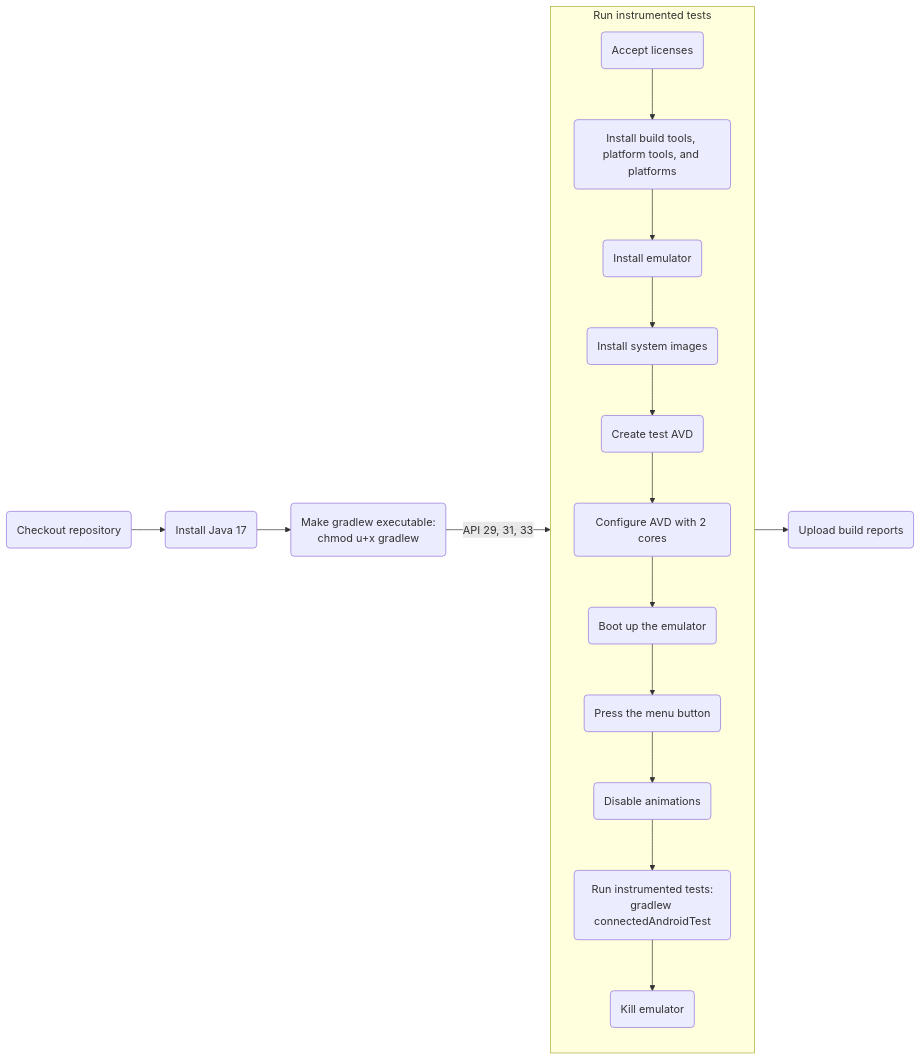
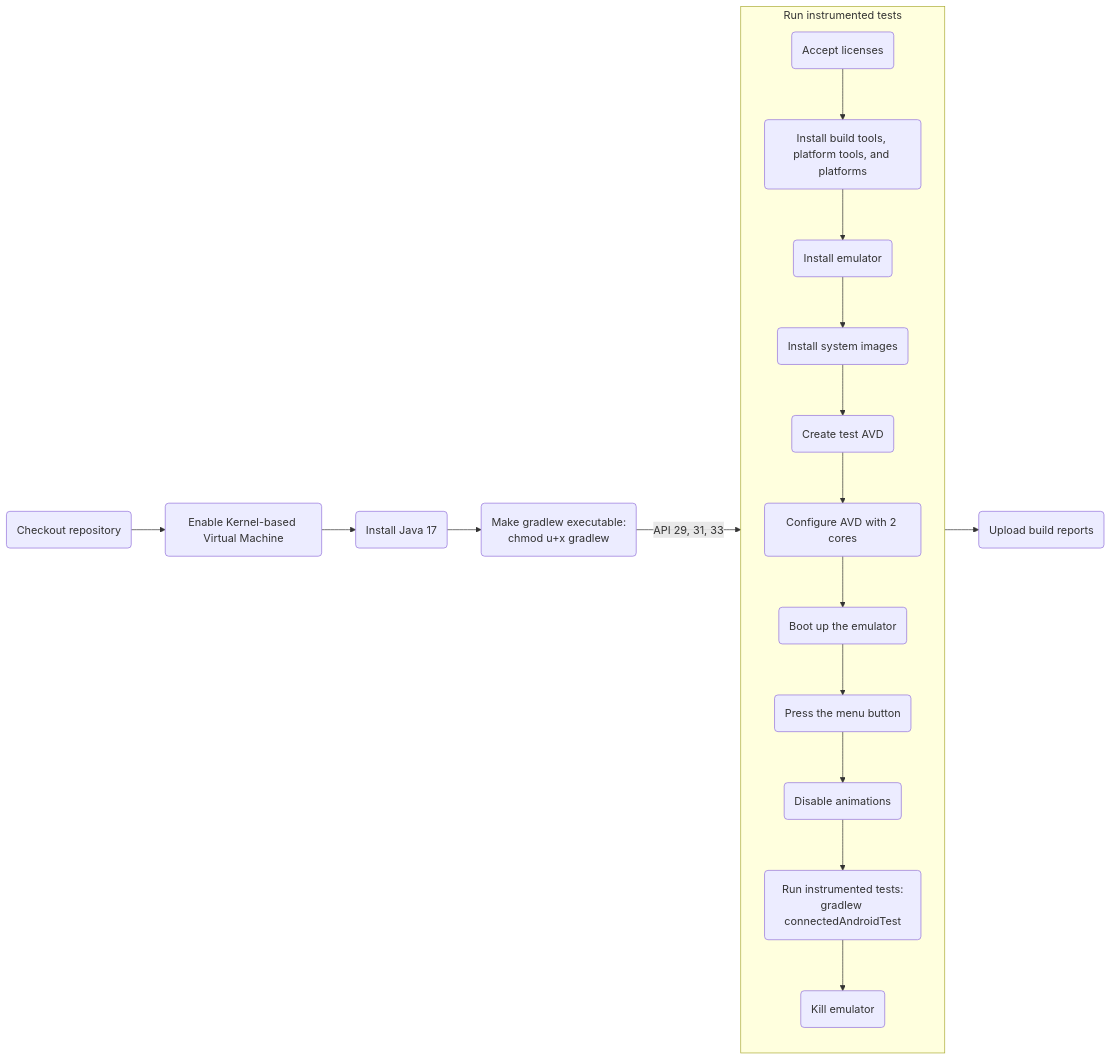
One commit to Abhiek187/ez-recipes-android changed the second of 4 diagrams in README.md. Above: the diagram before and after it, drawn with Mermaid. The commit also changed other lines of this file and 2 other files, not shown here.

Commit message:
Switch to Ubuntu for faster pipelines

````diff
--- a/README.md
+++ b/README.md
@@ -51,22 +52,23 @@
 ```mermaid
 flowchart LR
 
-A(Checkout repository) --> B(Install Java 17)
-B --> C(Make gradlew executable:\nchmod u+x gradlew)
-C -->|API 29, 31, 33| D
-D --> E(Upload build reports)
+A(Checkout repository) --> B(Enable Kernel-based Virtual Machine)
+B --> C(Install Java 17)
+C --> D(Make gradlew executable:\nchmod u+x gradlew)
+D -->|API 29, 31, 33| E
+E --> F(Upload build reports)
 
-subgraph D [Run instrumented tests]
+subgraph E [Run instrumented tests]
 direction TB
-F(Accept licenses) --> G(Install build tools, platform tools, and platforms)
-G --> H(Install emulator)
-H --> I(Install system images)
-I --> J(Create test AVD)
-J --> K(Configure AVD with 2 cores)
-K --> L(Boot up the emulator)
-L --> M(Press the menu button)
-M --> N(Disable animations)
-N --> O(Run instrumented tests:\ngradlew connectedAndroidTest)
-O --> P(Kill emulator)
+G(Accept licenses) --> H(Install build tools, platform tools, and platforms)
+H --> I(Install emulator)
+I --> J(Install system images)
+J --> K(Create test AVD)
+K --> L(Configure AVD with 2 cores)
+L --> M(Boot up the emulator)
+M --> N(Press the menu button)
+N --> O(Disable animations)
+O --> P(Run instrumented tests:\ngradlew connectedAndroidTest)
+P --> Q(Kill emulator)
 end
 ```
````
